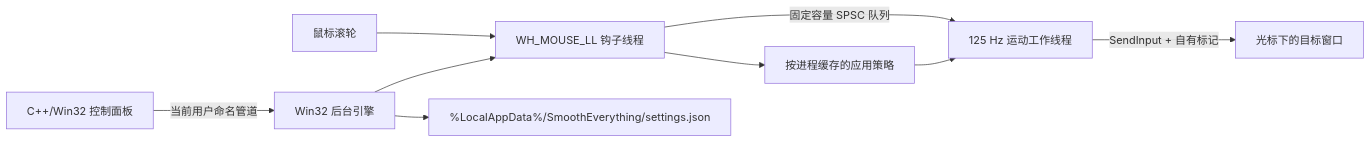
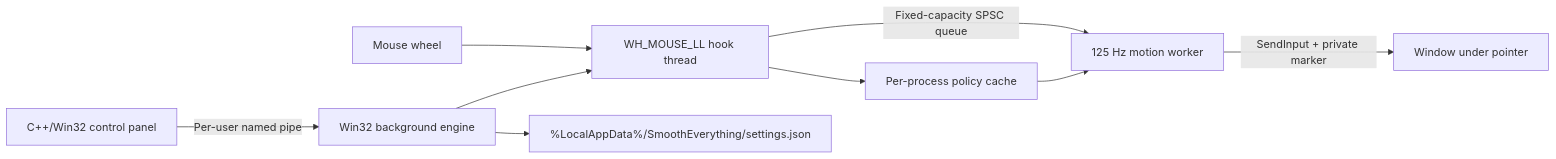
Before and after one commit to sakaman/SmoothEverything: the diagram in README.md, drawn with Mermaid. The commit also changed other lines of this file and 25 other files, not shown here.

Commit message:
Add control panel localization

````diff
--- a/README.md
+++ b/README.md
@@ -23,11 +24,11 @@
 ```mermaid
 flowchart LR
-    Mouse["鼠标滚轮"] --> Hook["WH_MOUSE_LL 钩子线程"]
-    Hook -->|"固定容量 SPSC 队列"| Worker["125 Hz 运动工作线程"]
-    Worker -->|"SendInput + 自有标记"| Target["光标下的目标窗口"]
-    Hook --> Policy["按进程缓存的应用策略"]
-    Panel["C++/Win32 控制面板"] -->|"当前用户命名管道"| Engine["Win32 后台引擎"]
+    Mouse["Mouse wheel"] --> Hook["WH_MOUSE_LL hook thread"]
+    Hook -->|"Fixed-capacity SPSC queue"| Worker["125 Hz motion worker"]
+    Worker -->|"SendInput + private marker"| Target["Window under pointer"]
+    Hook --> Policy["Per-process policy cache"]
+    Panel["C++/Win32 control panel"] -->|"Per-user named pipe"| Engine["Win32 background engine"]
     Engine --> Store["%LocalAppData%/SmoothEverything/settings.json"]
     Engine --> Hook
     Policy --> Worker
 ```
````
